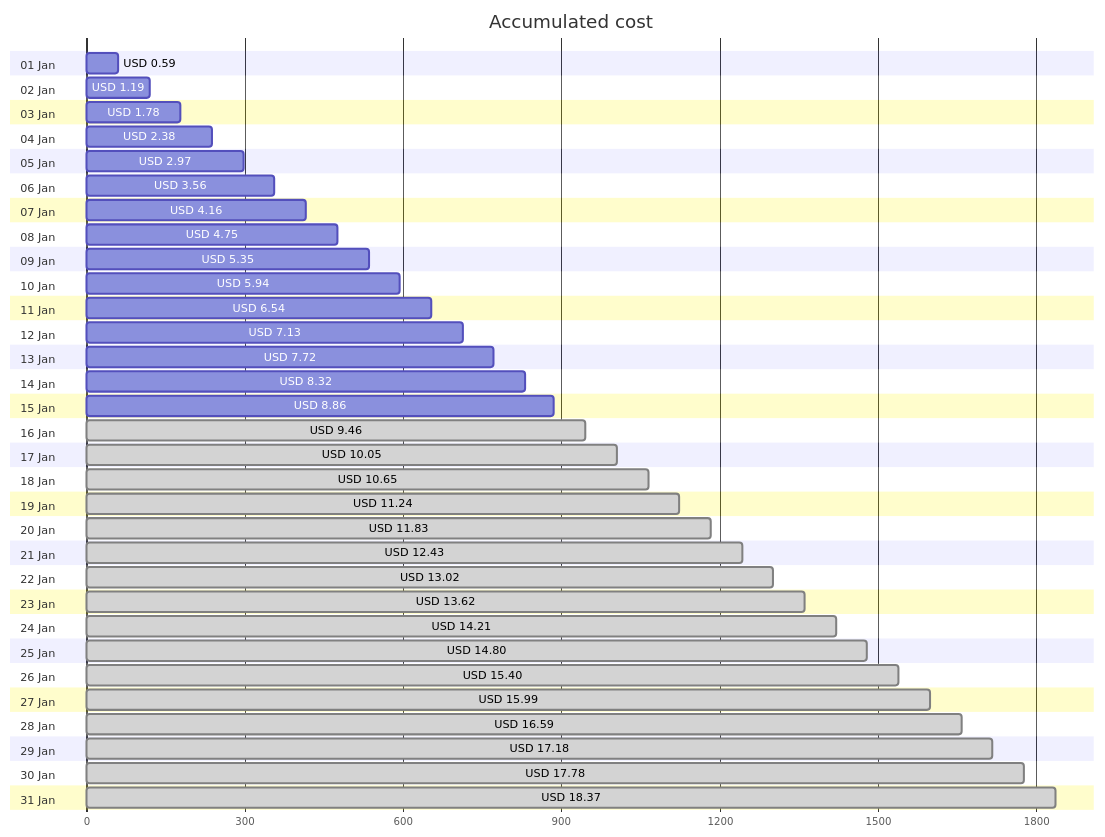
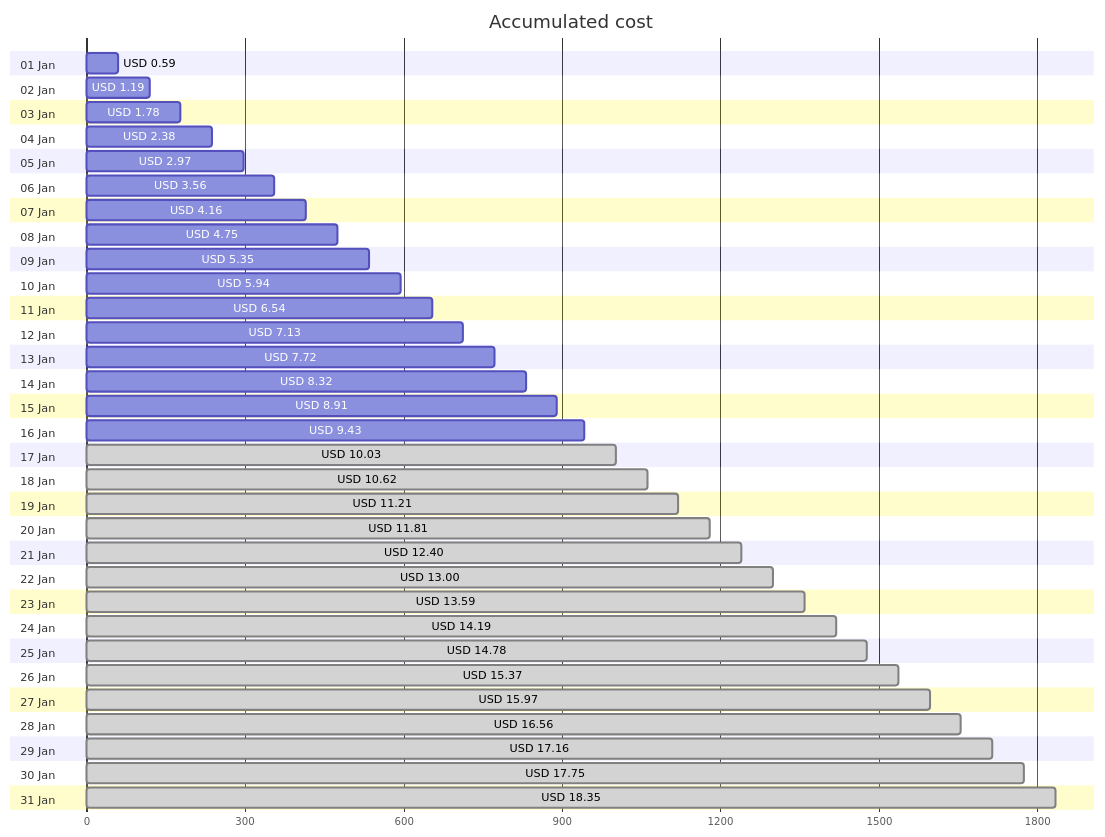
One commit to jpfulton/azure-personal-reports changed the first of 4 diagrams in cost-reports/personal-site/README.md. Above: the diagram before and after it, drawn with Mermaid. The commit also changed other lines of this file and 6 other files, not shown here.

````diff
--- a/cost-reports/personal-site/README.md
+++ b/cost-reports/personal-site/README.md
@@ -20,68 +20,68 @@
 ```mermaid
 gantt
    title Accumulated cost
    dateFormat  X
    axisFormat %s
    section 01 Jan
    USD 0.59 :0, 59
    section 02 Jan
    USD 1.19 :0, 119
    section 03 Jan
    USD 1.78 :0, 178
    section 04 Jan
    USD 2.38 :0, 238
    section 05 Jan
    USD 2.97 :0, 297
    section 06 Jan
    USD 3.56 :0, 356
    section 07 Jan
    USD 4.16 :0, 416
    section 08 Jan
    USD 4.75 :0, 475
    section 09 Jan
    USD 5.35 :0, 535
    section 10 Jan
    USD 5.94 :0, 594
    section 11 Jan
    USD 6.54 :0, 654
    section 12 Jan
    USD 7.13 :0, 713
    section 13 Jan
    USD 7.72 :0, 772
    section 14 Jan
    USD 8.32 :0, 832
    section 15 Jan
-   USD 8.86 :0, 886
+   USD 8.91 :0, 891
    section 16 Jan
-   USD 9.46 : done, 0, 946
+   USD 9.43 :0, 943
    section 17 Jan
-   USD 10.05 : done, 0, 1005
+   USD 10.03 : done, 0, 1003
    section 18 Jan
-   USD 10.65 : done, 0, 1065
+   USD 10.62 : done, 0, 1062
    section 19 Jan
-   USD 11.24 : done, 0, 1124
+   USD 11.21 : done, 0, 1121
    section 20 Jan
-   USD 11.83 : done, 0, 1183
+   USD 11.81 : done, 0, 1181
    section 21 Jan
-   USD 12.43 : done, 0, 1243
+   USD 12.40 : done, 0, 1240
    section 22 Jan
-   USD 13.02 : done, 0, 1302
+   USD 13.00 : done, 0, 1300
    section 23 Jan
-   USD 13.62 : done, 0, 1362
+   USD 13.59 : done, 0, 1359
    section 24 Jan
-   USD 14.21 : done, 0, 1421
+   USD 14.19 : done, 0, 1419
    section 25 Jan
-   USD 14.80 : done, 0, 1480
+   USD 14.78 : done, 0, 1478
    section 26 Jan
-   USD 15.40 : done, 0, 1540
+   USD 15.37 : done, 0, 1537
    section 27 Jan
-   USD 15.99 : done, 0, 1599
+   USD 15.97 : done, 0, 1597
    section 28 Jan
-   USD 16.59 : done, 0, 1659
+   USD 16.56 : done, 0, 1656
    section 29 Jan
-   USD 17.18 : done, 0, 1718
+   USD 17.16 : done, 0, 1716
    section 30 Jan
-   USD 17.78 : done, 0, 1778
+   USD 17.75 : done, 0, 1775
    section 31 Jan
-   USD 18.37 : done, 0, 1837
+   USD 18.35 : done, 0, 1835
 ```
````
